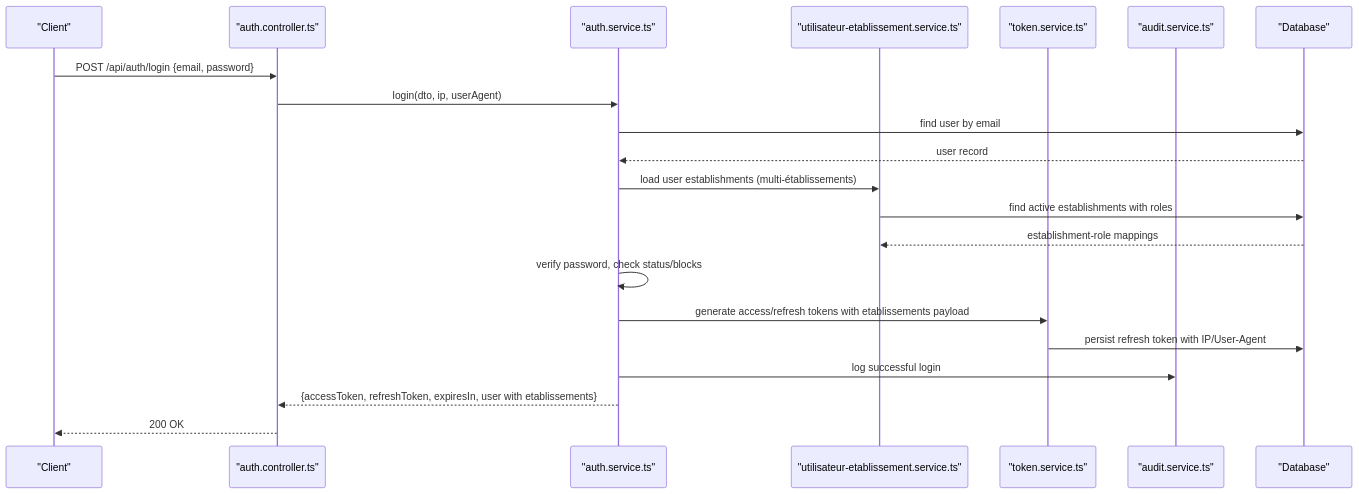
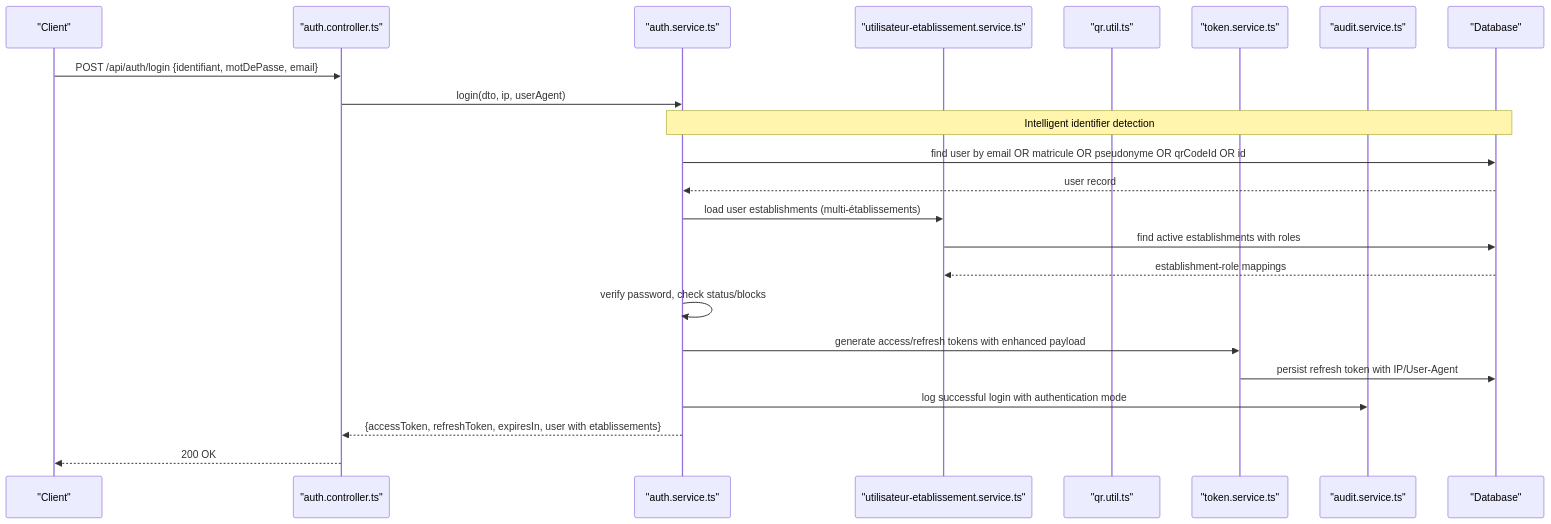
Before and after one commit to franckylab/eLISAschool: the second of 11 diagrams in .qoder/repowiki/en/content/Authentication & Authorization/Authentication Flow.md, drawn with Mermaid. The commit also changed other lines of this file and 151 other files, not shown here.

````diff
--- a/.qoder/repowiki/en/content/Authentication & Authorization/Authentication Flow.md
+++ b/.qoder/repowiki/en/content/Authentication & Authorization/Authentication Flow.md
@@ -177,23 +196,25 @@
 ```mermaid
 sequenceDiagram
 participant Client as "Client"
 participant Ctrl as "auth.controller.ts"
 participant Svc as "auth.service.ts"
 participant UES as "utilisateur-etablissement.service.ts"
+participant QRU as "qr.util.ts"
 participant Tok as "token.service.ts"
 participant Aud as "audit.service.ts"
 participant DB as "Database"
-Client->>Ctrl : POST /api/auth/login {email, password}
+Client->>Ctrl : POST /api/auth/login {identifiant, motDePasse, email}
 Ctrl->>Svc : login(dto, ip, userAgent)
-Svc->>DB : find user by email
+Note over Svc,DB : Intelligent identifier detection
+Svc->>DB : find user by email OR matricule OR pseudonyme OR qrCodeId OR id
 DB-->>Svc : user record
 Svc->>UES : load user establishments (multi-établissements)
 UES->>DB : find active establishments with roles
 DB-->>UES : establishment-role mappings
 Svc->>Svc : verify password, check status/blocks
-Svc->>Tok : generate access/refresh tokens with etablissements payload
+Svc->>Tok : generate access/refresh tokens with enhanced payload
 Tok->>DB : persist refresh token with IP/User-Agent
-Svc->>Aud : log successful login
+Svc->>Aud : log successful login with authentication mode
 Svc-->>Ctrl : {accessToken, refreshToken, expiresIn, user with etablissements}
 Ctrl-->>Client : 200 OK
 ```
````
